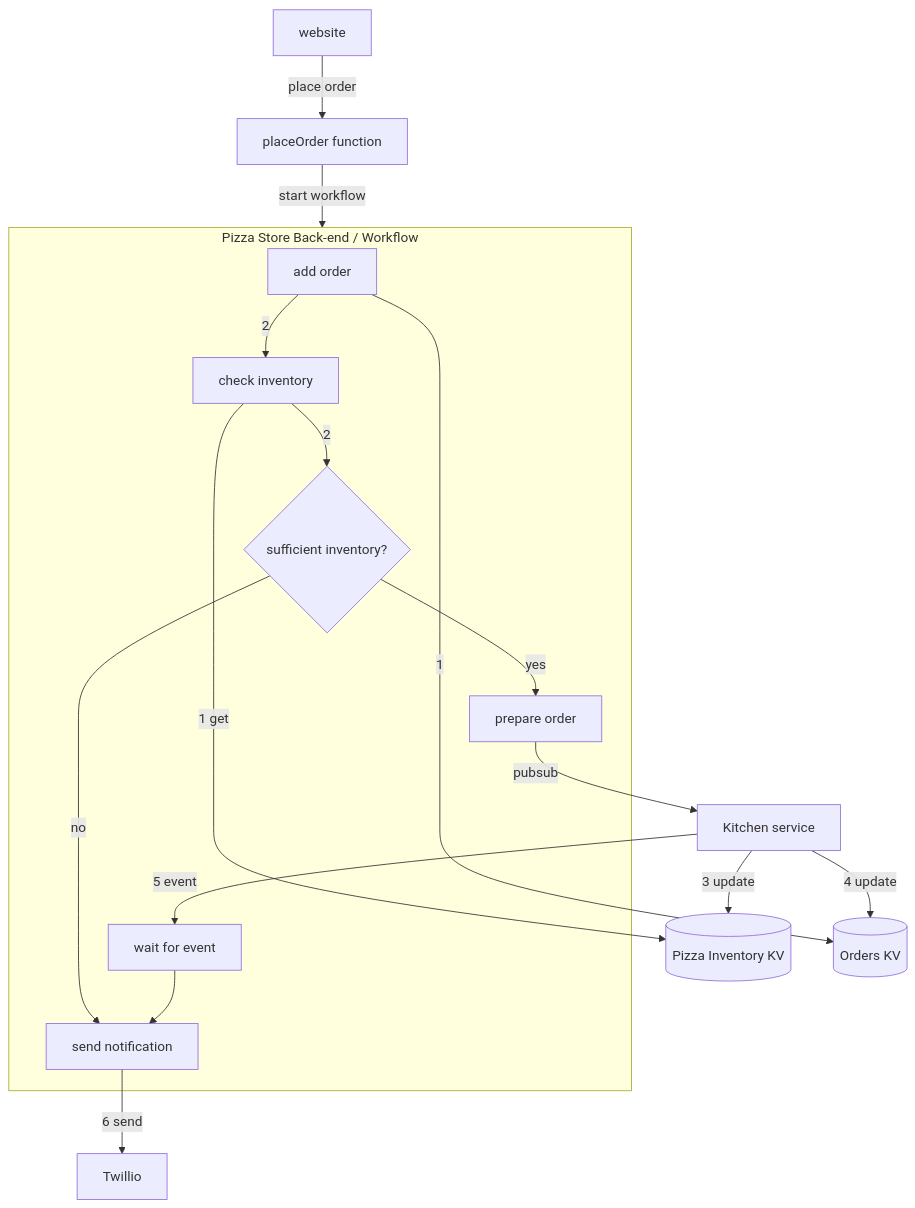
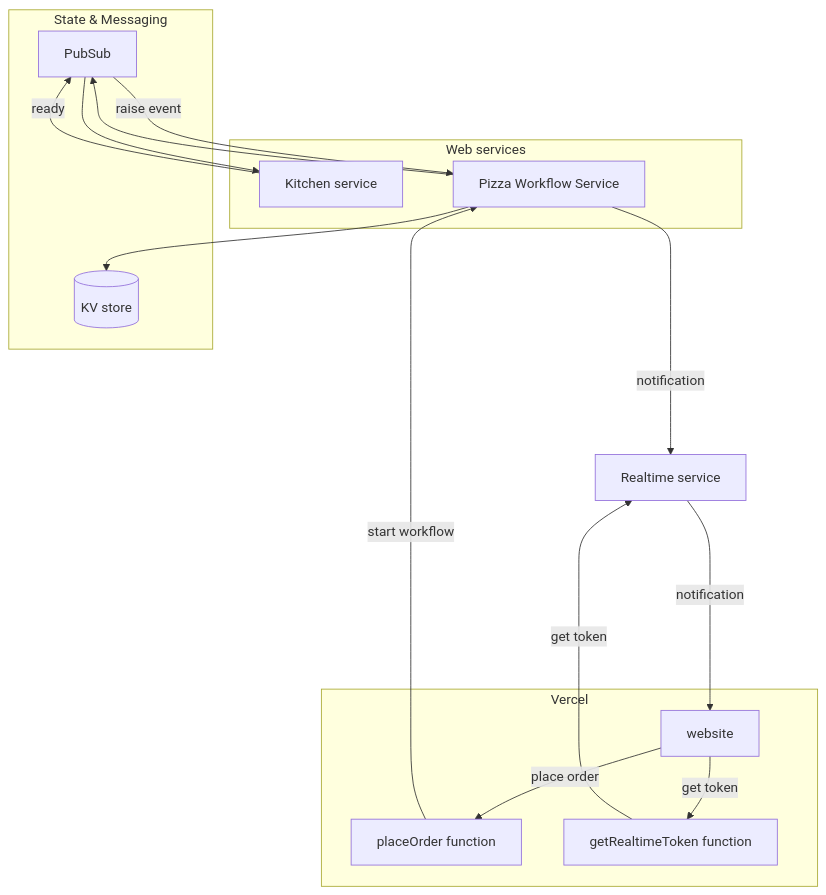
Before and after one commit to diagrid-labs/catalyst-pizza-demo: the diagram in README.md, drawn with Mermaid. The commit also changed other lines of this file, not shown here.

Commit message:
Update diagram in README

````diff
--- a/README.md
+++ b/README.md
@@ -3,31 +3,33 @@
 ```mermaid
 graph TD
-W[website]
-F[placeOrder function]
-IKV[(Pizza Inventory KV)]
-OKV[(Orders KV)]
-R[Kitchen service]
-TW[Twillio]
-W -->|place order| F
-F --> |start workflow|pizza-store
-subgraph pizza-store[Pizza Store Back-end / Workflow]
-	WFAdd[add order]
-	WFA[check inventory]
-	Check{sufficient inventory?}
-	WFB[prepare order]
-	WFC[send notification]
-	WFE[wait for event]
+
+subgraph State & Messaging
+	KV[(KV store)]
+	PS[PubSub]
 end
-WFAdd -->|1| OKV
-WFAdd -->|2| WFA
-WFA -->|2| Check 
-Check -->|yes| WFB
-Check -->|no| WFC
-WFA -->|1 get| IKV
-WFE --> WFC
-WFB -->|pubsub| R
-R -->|3 update| IKV
-R -->|4 update| OKV
-R -->|5 event| WFE
-WFC -->|6 send| TW
+
+subgraph Web services
+	KS[Kitchen service]
+	WF[Pizza Workflow Service]
+end
+
+subgraph Vercel
+	W[website]
+	PF[placeOrder function]
+	RF[getRealtimeToken function]
+end
+
+RTS[Realtime service]
+
+W -->|place order| PF
+W --> |get token| RF
+RF ---->|get token| RTS
+PF --> |start workflow|WF
+WF-->PS
+WF-->KV
+PS-->KS
+WF---->|notification|RTS
+KS-->|ready|PS
+PS-->|raise event|WF
+RTS ---->|notification| W
 ```
````
